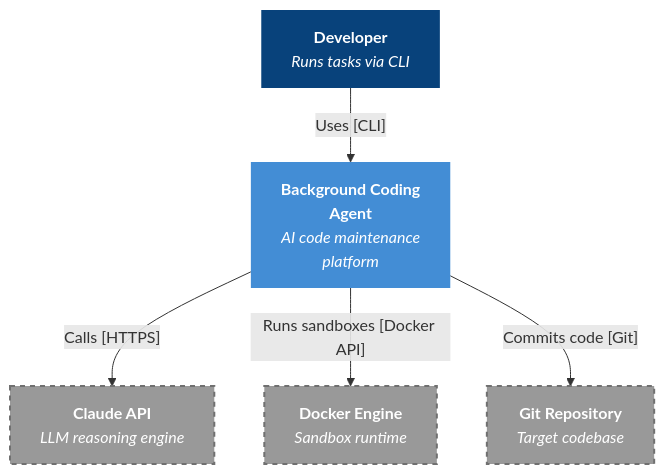
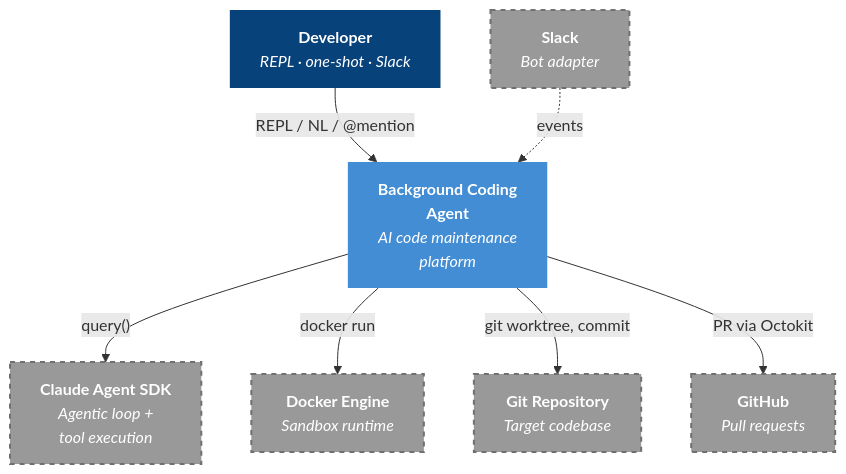
Before and after one commit to kiruba48/background-coding-agent-mvp: the first of 3 diagrams in README.md, drawn with Mermaid. The commit also changed other lines of this file, not shown here.

````diff
--- a/README.md
+++ b/README.md
@@ -43,19 +38,25 @@
 ```mermaid
 graph TB
-    dev["<b>Developer</b><br/><i>Runs tasks via CLI</i>"]
+    dev["<b>Developer</b><br/><i>REPL · one-shot · Slack</i>"]
     agent["<b>Background Coding<br/>Agent</b><br/><i>AI code maintenance<br/>platform</i>"]
-    claude["<b>Claude API</b><br/><i>LLM reasoning engine</i>"]
+    sdk["<b>Claude Agent SDK</b><br/><i>Agentic loop +<br/>tool execution</i>"]
     docker["<b>Docker Engine</b><br/><i>Sandbox runtime</i>"]
     git["<b>Git Repository</b><br/><i>Target codebase</i>"]
+    gh["<b>GitHub</b><br/><i>Pull requests</i>"]
+    slack["<b>Slack</b><br/><i>Bot adapter</i>"]
 
-    dev -->|"Uses [CLI]"| agent
-    agent -->|"Calls [HTTPS]"| claude
-    agent -->|"Runs sandboxes [Docker API]"| docker
-    agent -->|"Commits code [Git]"| git
+    dev -->|"REPL / NL / @mention"| agent
+    agent -->|"query()"| sdk
+    agent -->|"docker run"| docker
+    agent -->|"git worktree, commit"| git
+    agent -->|"PR via Octokit"| gh
+    slack -.->|"events"| agent
 
     style dev fill:#08427B,color:#fff,stroke:none
     style agent fill:#438DD5,color:#fff,stroke:none
-    style claude fill:#999,color:#fff,stroke:#707070,stroke-width:2px,stroke-dasharray:5
+    style sdk fill:#999,color:#fff,stroke:#707070,stroke-width:2px,stroke-dasharray:5
     style docker fill:#999,color:#fff,stroke:#707070,stroke-width:2px,stroke-dasharray:5
     style git fill:#999,color:#fff,stroke:#707070,stroke-width:2px,stroke-dasharray:5
+    style gh fill:#999,color:#fff,stroke:#707070,stroke-width:2px,stroke-dasharray:5
+    style slack fill:#999,color:#fff,stroke:#707070,stroke-width:2px,stroke-dasharray:5
 ```
````
